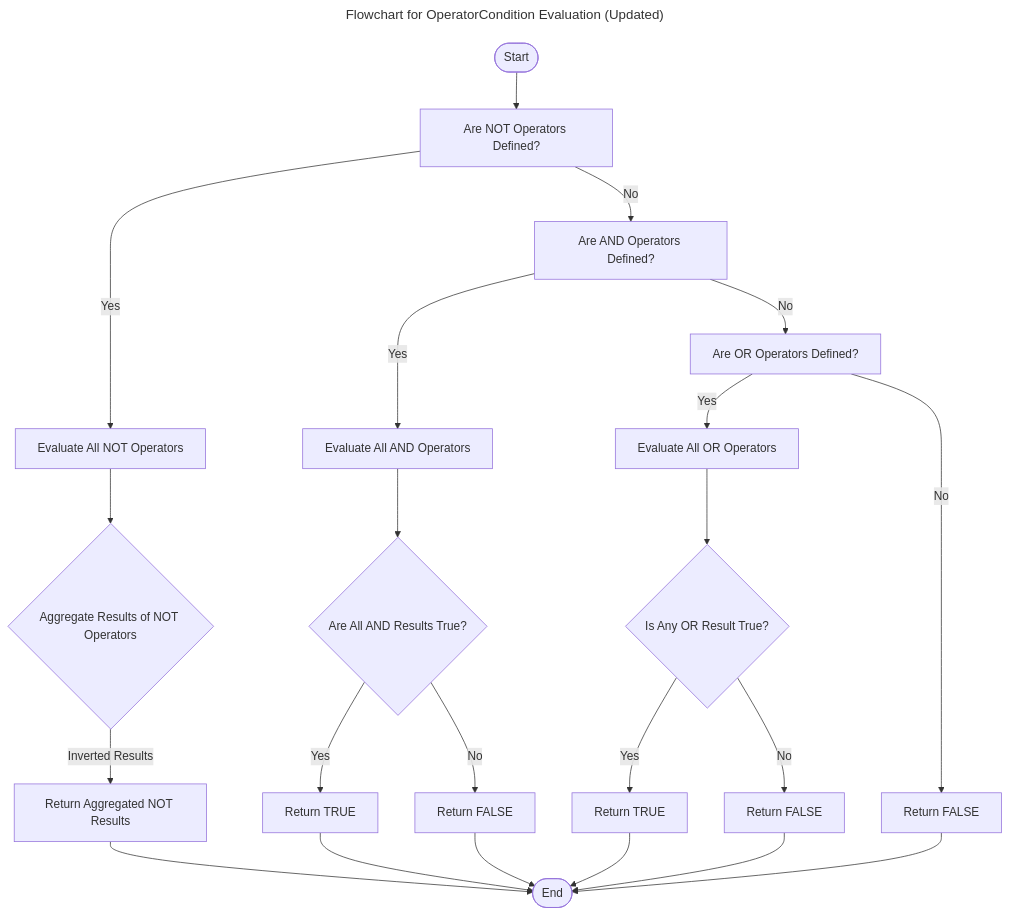
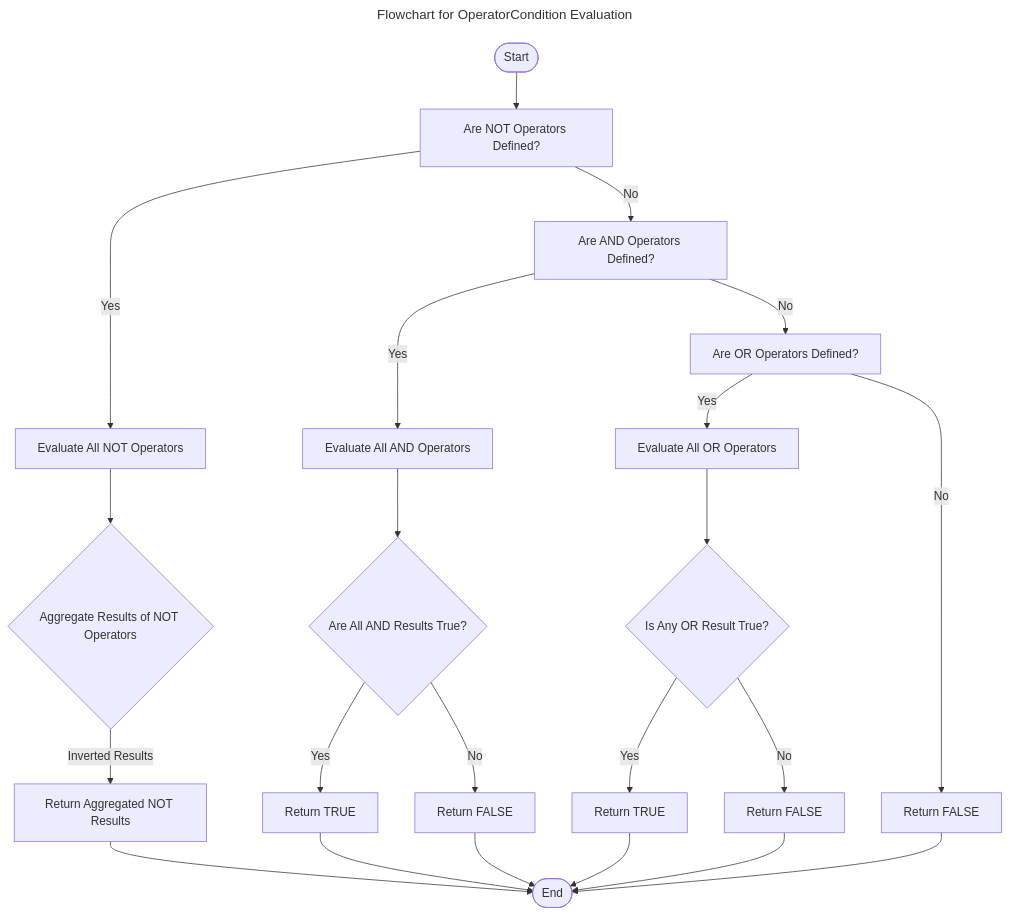
One commit to thanhtrixx/rule-engine changed the third of 3 diagrams in README.md. Above: the diagram before and after it, drawn with Mermaid. The commit also changed other lines of this file, not shown here.

````diff
--- a/README.md
+++ b/README.md
@@ -191,34 +212,34 @@
 ```mermaid
 ---
 ---
-title: Flowchart for OperatorCondition Evaluation (Updated)
+title: Flowchart for OperatorCondition Evaluation
 ---
 flowchart TD
     Start([Start]) --> CheckNOTList[Are NOT Operators Defined?]
-    
+
     CheckNOTList -->|Yes| EvaluateNOTList[Evaluate All NOT Operators]
     EvaluateNOTList --> AggregateNOTResults{Aggregate Results of NOT Operators}
     AggregateNOTResults -->|Inverted Results| ReturnNOTResult[Return Aggregated NOT Results]
     ReturnNOTResult --> End([End])
-    
+
     CheckNOTList -->|No| CheckAND[Are AND Operators Defined?]
-    
+
     CheckAND -->|Yes| EvaluateAND[Evaluate All AND Operators]
     EvaluateAND --> CheckAllANDTrue{Are All AND Results True?}
     CheckAllANDTrue -->|Yes| ReturnANDTrue[Return TRUE]
     CheckAllANDTrue -->|No| ReturnANDFalse[Return FALSE]
     ReturnANDTrue --> End
     ReturnANDFalse --> End
-    
+
     CheckAND -->|No| CheckOR[Are OR Operators Defined?]
-    
+
     CheckOR -->|Yes| EvaluateOR[Evaluate All OR Operators]
     EvaluateOR --> CheckAnyORTrue{Is Any OR Result True?}
     CheckAnyORTrue -->|Yes| ReturnORTrue[Return TRUE]
     CheckAnyORTrue -->|No| ReturnORFalse[Return FALSE]
     ReturnORTrue --> End
     ReturnORFalse --> End
-    
+
     CheckOR -->|No| ReturnDefaultFalse[Return FALSE]
     ReturnDefaultFalse --> End
 ```
````
